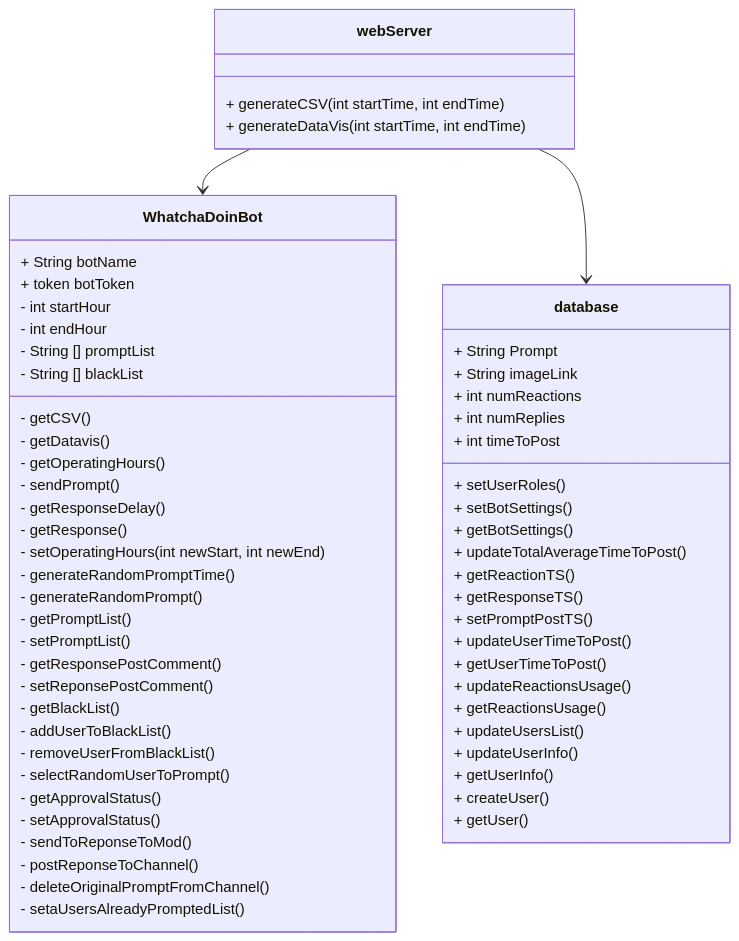
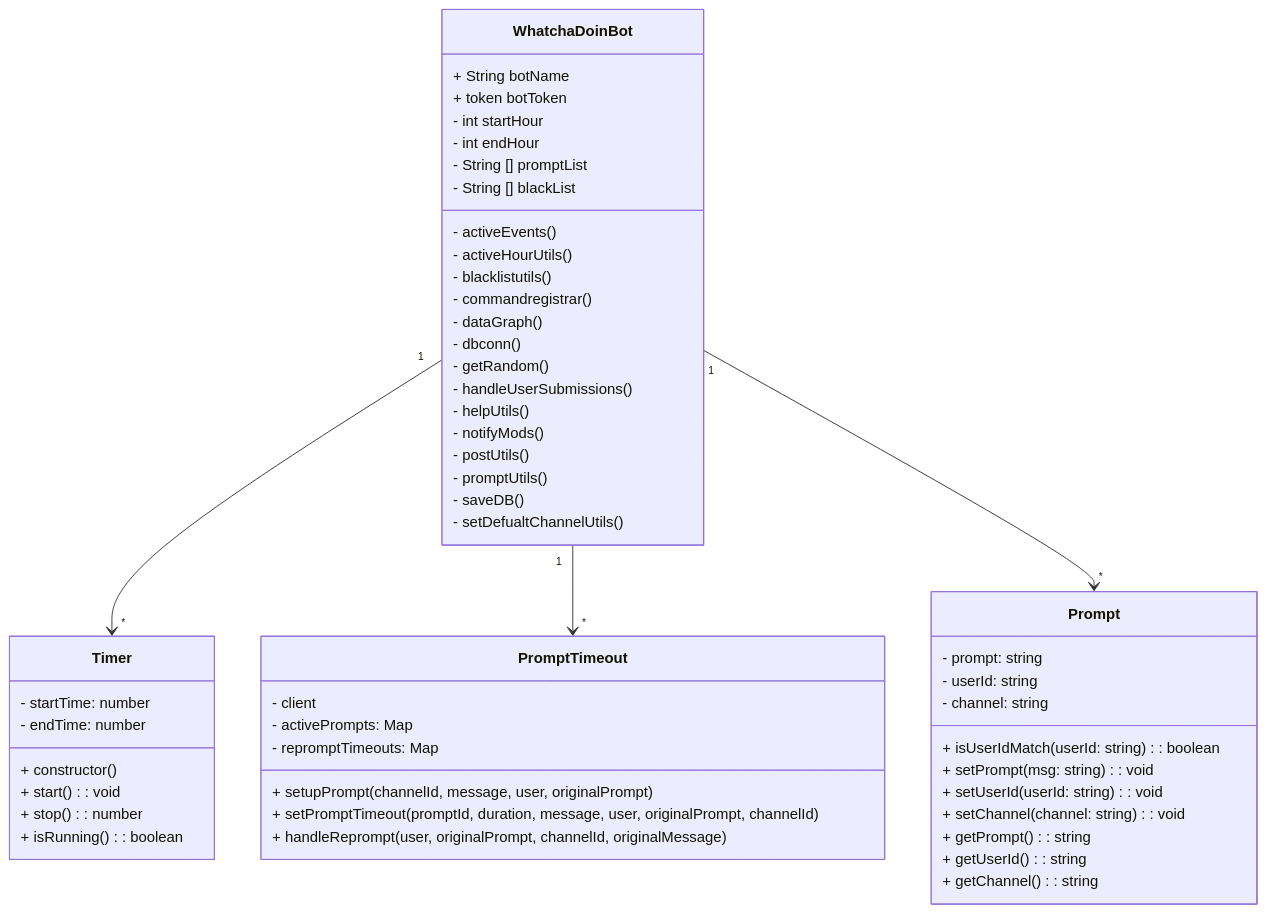
The first of 11 diagrams in documentation/docs/system-architecture/design.md (Capstone-Projects-2023-Fall/project-bereal-meets-slack), drawn with Mermaid before and after one commit.

Commit message:
Update design.md
Made changes to the UML Diagram, consulted Rishi on this

````diff
--- a/documentation/docs/system-architecture/design.md
+++ b/documentation/docs/system-architecture/design.md
@@ -25,64 +25,60 @@
 ```mermaid
 classDiagram
-webServer --> WhatchaDoinBot
-webServer --> database
-class webServer{
-  + generateCSV(int startTime, int endTime)
-  + generateDataVis(int startTime, int endTime)
-}
 class WhatchaDoinBot{
   + String botName
   + token botToken
   - int startHour
   - int endHour
   - String [] promptList
   - String [] blackList
-  - getCSV()
-  - getDatavis()
-  - getOperatingHours()
-  - sendPrompt()
-  - getResponseDelay()
-  - getResponse()
-  - setOperatingHours(int newStart, int newEnd)
-  - generateRandomPromptTime()
-  - generateRandomPrompt()
-  - getPromptList()
-  - setPromptList()
-  - getResponsePostComment()
-  - setReponsePostComment()
-  - getBlackList()
-  - addUserToBlackList()
-  - removeUserFromBlackList()
-  - selectRandomUserToPrompt()
-  - getApprovalStatus()
-  - setApprovalStatus()
-  - sendToReponseToMod()
-  - postReponseToChannel()
-  - deleteOriginalPromptFromChannel()
-  - setaUsersAlreadyPromptedList()
+  - activeEvents()
+  - activeHourUtils()
+  - blacklistutils()
+  - commandregistrar()
+  - dataGraph()
+  - dbconn()
+  - getRandom()
+  - handleUserSubmissions()
+  - helpUtils()
+  - notifyMods()
+  - postUtils()
+  - promptUtils()
+  - saveDB()
+  - setDefualtChannelUtils()
 }
-class database{
-  + String Prompt
-  + String imageLink
-  + int numReactions
-  + int numReplies
-  + int timeToPost 
-  + setUserRoles()
-  + setBotSettings()
-  + getBotSettings()
-  + updateTotalAverageTimeToPost()
-  + getReactionTS()
-  + getResponseTS()
-  + setPromptPostTS()
-  + updateUserTimeToPost()
-  + getUserTimeToPost()
-  + updateReactionsUsage()
-  + getReactionsUsage()
-  + updateUsersList()
-  + updateUserInfo()
-  + getUserInfo()
-  + createUser()
-  + getUser()
 
+class Timer {
+  - startTime: number
+  - endTime: number
+  + constructor()
+  + start(): void
+  + stop(): number
+  + isRunning(): boolean
 }
+
+class PromptTimeout {
+  - client
+  - activePrompts: Map
+  - repromptTimeouts: Map
+  + setupPrompt(channelId, message, user, originalPrompt)
+  + setPromptTimeout(promptId, duration, message, user, originalPrompt, channelId)
+  + handleReprompt(user, originalPrompt, channelId, originalMessage)
+}
+
+class Prompt {
+  - prompt: string
+  - userId: string
+  - channel: string
+  + isUserIdMatch(userId: string): boolean
+  + setPrompt(msg: string): void
+  + setUserId(userId: string): void
+  + setChannel(channel: string): void
+  + getPrompt(): string
+  + getUserId(): string
+  + getChannel(): string
+}
+
+WhatchaDoinBot "1" --> "*" Timer
+WhatchaDoinBot "1" --> "*" PromptTimeout
+WhatchaDoinBot "1" --> "*" Prompt
 ```
````
